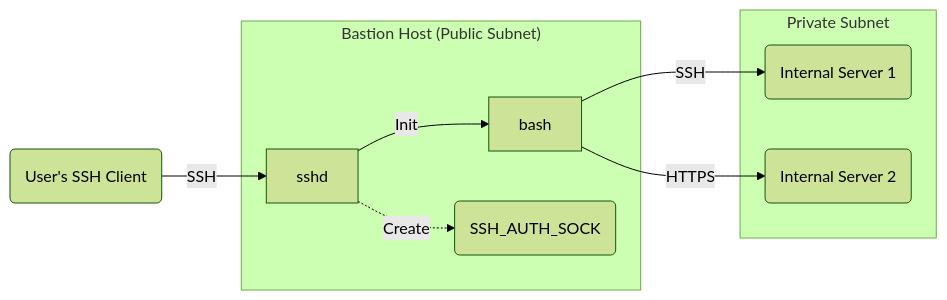
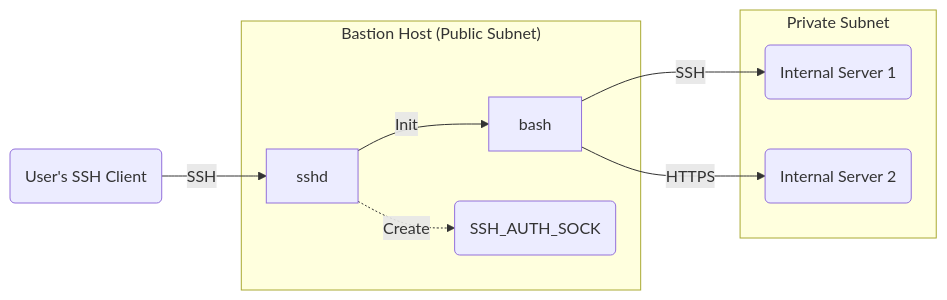
One commit to joekir/selinuxuser.land-3 changed the diagram in docs/lab-jumpbox-ssh/what-we-need-from-se-linux.md. Above: the diagram before and after it, drawn with Mermaid. The commit also changed 6 other files, not shown here.

Commit message:
fix mermaid dark/light mode theming

````diff
--- a/docs/lab-jumpbox-ssh/what-we-need-from-se-linux.md
+++ b/docs/lab-jumpbox-ssh/what-we-need-from-se-linux.md
@@ -18,18 +18,17 @@
 ```mermaid
-%%{init: {'theme': 'forest'}}%%
 flowchart LR
     subgraph "Bastion Host (Public Subnet)"
         bash
         sshd
         tmpFile("SSH_AUTH_SOCK")
     end
     UA("User's SSH Client")-->|SSH| sshd
     sshd -.->|Create| tmpFile
     sshd -->|Init| bash
     subgraph "Private Subnet"
         I1("Internal Server 1")
         I2("Internal Server 2")
     end
     bash -->|SSH| I1
     bash -->|HTTPS| I2
 ```
````
